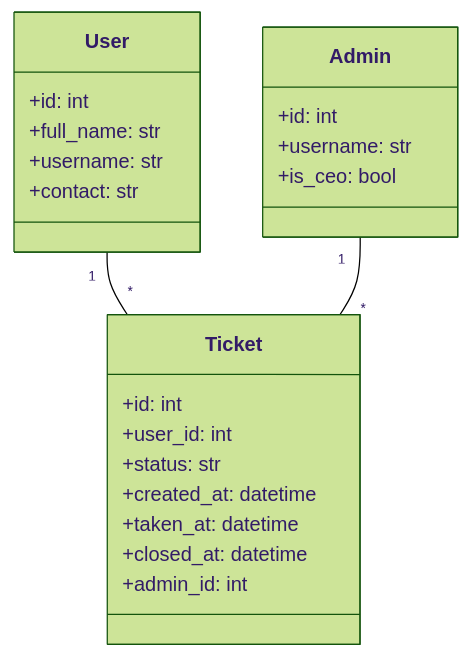
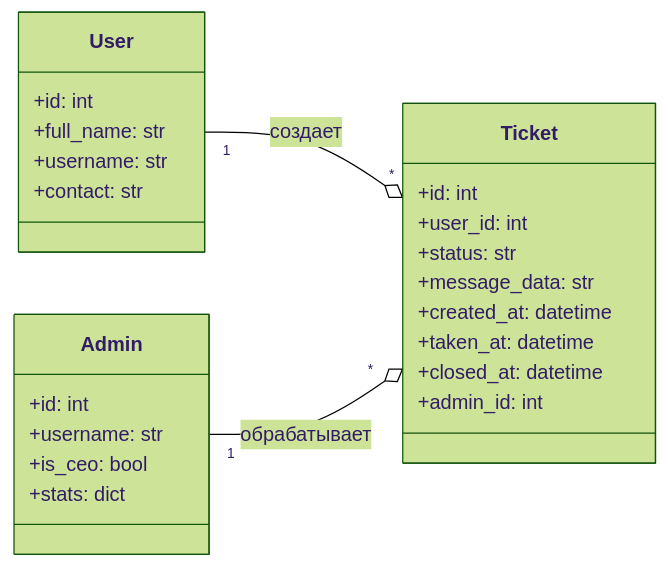
One commit to Wh0mever/TBC_SUPPORT_BOT changed the third of 3 diagrams in README.md. Above: the diagram before and after it, drawn with Mermaid (forest theme). The commit also changed other lines of this file, not shown here.

````diff
--- a/README.md
+++ b/README.md
@@ -43,25 +51,29 @@
 ```mermaid
 classDiagram
+    direction LR
     class User {
         +id: int
         +full_name: str
         +username: str
         +contact: str
     }
     class Ticket {
         +id: int
         +user_id: int
         +status: str
+        +message_data: str
         +created_at: datetime
         +taken_at: datetime
         +closed_at: datetime
         +admin_id: int
     }
     class Admin {
         +id: int
         +username: str
         +is_ceo: bool
+        +stats: dict
     }
-    User "1" -- "*" Ticket
-    Admin "1" -- "*" Ticket
+    
+    User "1" --o "*" Ticket : создает
+    Admin "1" --o "*" Ticket : обрабатывает
 ```
````
